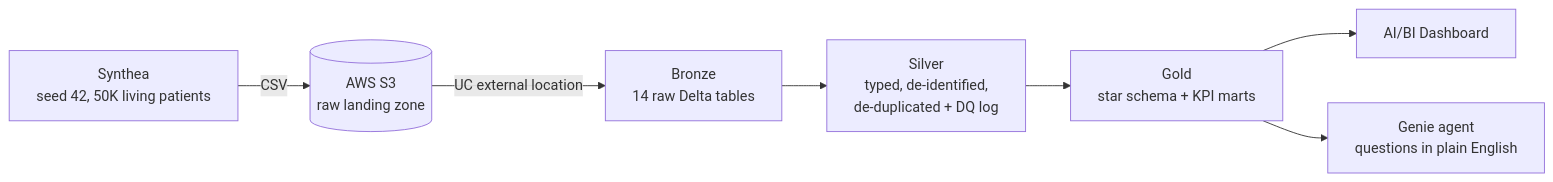
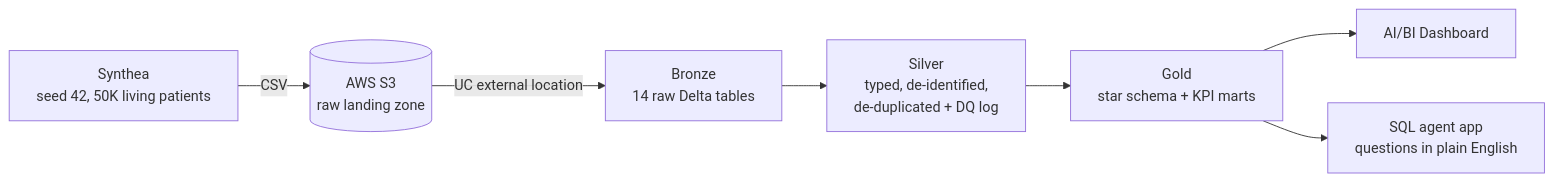
Before and after one commit to PriyankaCharan/synthea-healthcare-lakehouse: the first of 2 diagrams in README.md, drawn with Mermaid. The commit also changed other lines of this file and 13 other files, not shown here.

Commit message:
Add text-to-SQL agent, evaluation set and chat app

````diff
--- a/README.md
+++ b/README.md
@@ -9,9 +9,9 @@
 ```mermaid
 flowchart LR
     A[Synthea<br/>seed 42, 50K living patients] -->|CSV| B[(AWS S3<br/>raw landing zone)]
     B -->|UC external location| C[Bronze<br/>14 raw Delta tables]
     C --> D[Silver<br/>typed, de-identified,<br/>de-duplicated + DQ log]
     D --> E[Gold<br/>star schema + KPI marts]
     E --> F[AI/BI Dashboard]
-    E --> G[Genie agent<br/>questions in plain English]
+    E --> G[SQL agent app<br/>questions in plain English]
 ```
````
